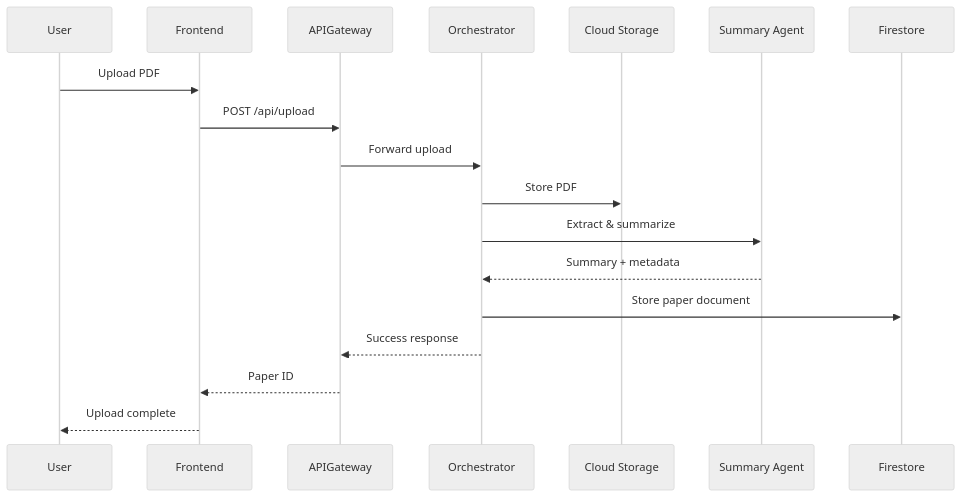
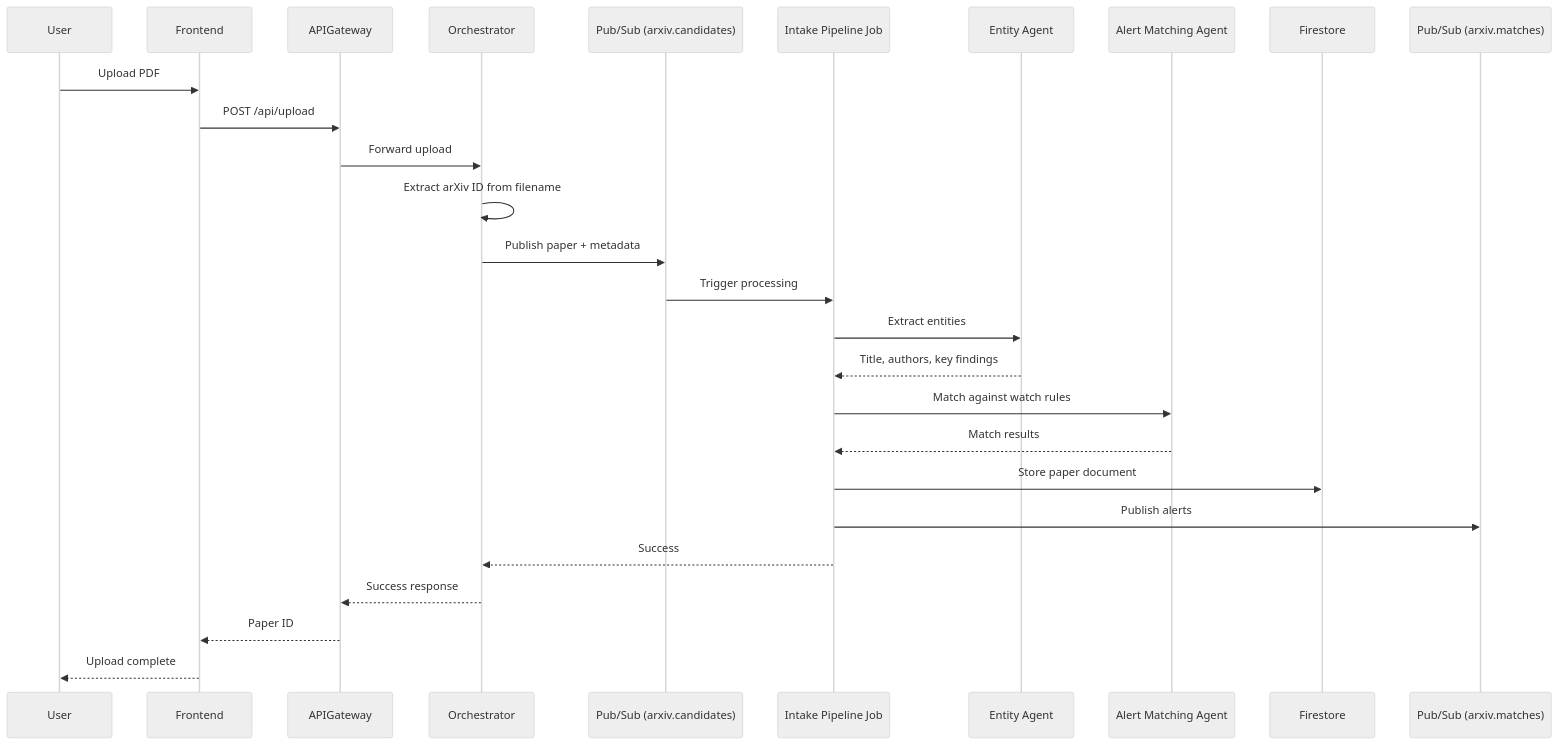
The second of 8 diagrams in ARCHITECTURE.md (kar-ganap/research-intelligence-agents), drawn with Mermaid (neutral theme) before and after one commit. The commit also changed other lines of this file, not shown here.

First line of the commit message:
Fix critical errors in architecture diagrams

````diff
--- a/ARCHITECTURE.md
+++ b/ARCHITECTURE.md
@@ -92,21 +94,30 @@
 ```mermaid
 sequenceDiagram
     participant User
     participant Frontend
     participant APIGateway
     participant Orchestrator
-    participant Storage as Cloud Storage
-    participant Summary as Summary Agent
+    participant PubSub as Pub/Sub (arxiv.candidates)
+    participant IntakePipeline as Intake Pipeline Job
+    participant EntityAgent as Entity Agent
+    participant AlertAgent as Alert Matching Agent
     participant Firestore
+    participant PubSubMatches as Pub/Sub (arxiv.matches)
 
     User->>Frontend: Upload PDF
     Frontend->>APIGateway: POST /api/upload
     APIGateway->>Orchestrator: Forward upload
-    Orchestrator->>Storage: Store PDF
-    Orchestrator->>Summary: Extract & summarize
-    Summary-->>Orchestrator: Summary + metadata
-    Orchestrator->>Firestore: Store paper document
+    Orchestrator->>Orchestrator: Extract arXiv ID from filename
+    Orchestrator->>PubSub: Publish paper + metadata
+    PubSub->>IntakePipeline: Trigger processing
+    IntakePipeline->>EntityAgent: Extract entities
+    EntityAgent-->>IntakePipeline: Title, authors, key findings
+    IntakePipeline->>AlertAgent: Match against watch rules
+    AlertAgent-->>IntakePipeline: Match results
+    IntakePipeline->>Firestore: Store paper document
+    IntakePipeline->>PubSubMatches: Publish alerts
+    IntakePipeline-->>Orchestrator: Success
     Orchestrator-->>APIGateway: Success response
     APIGateway-->>Frontend: Paper ID
     Frontend-->>User: Upload complete
 ```
````
